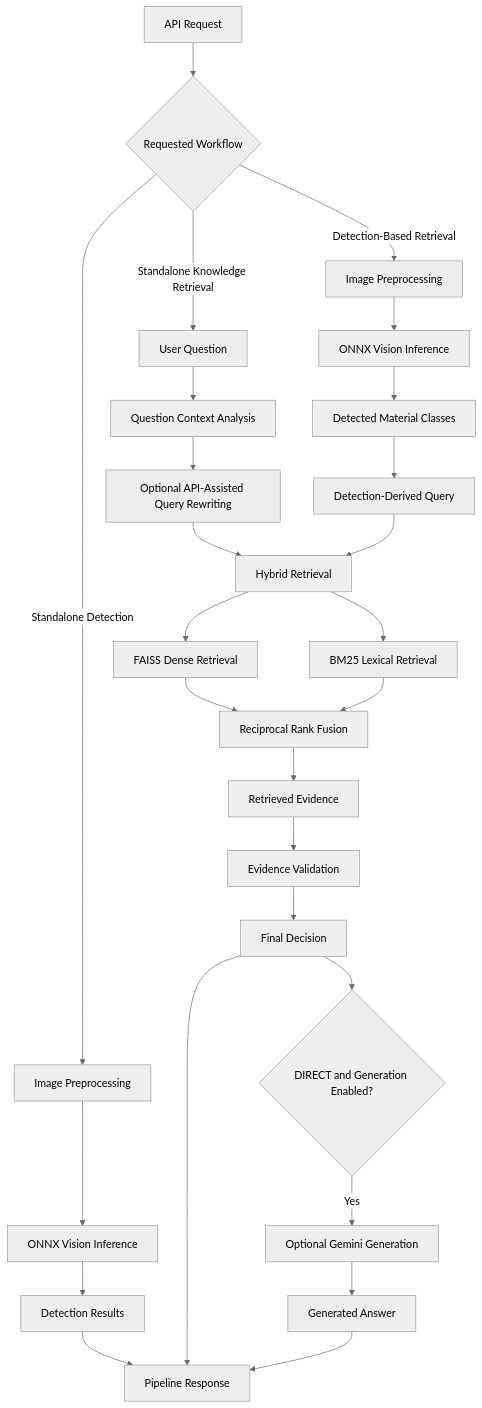
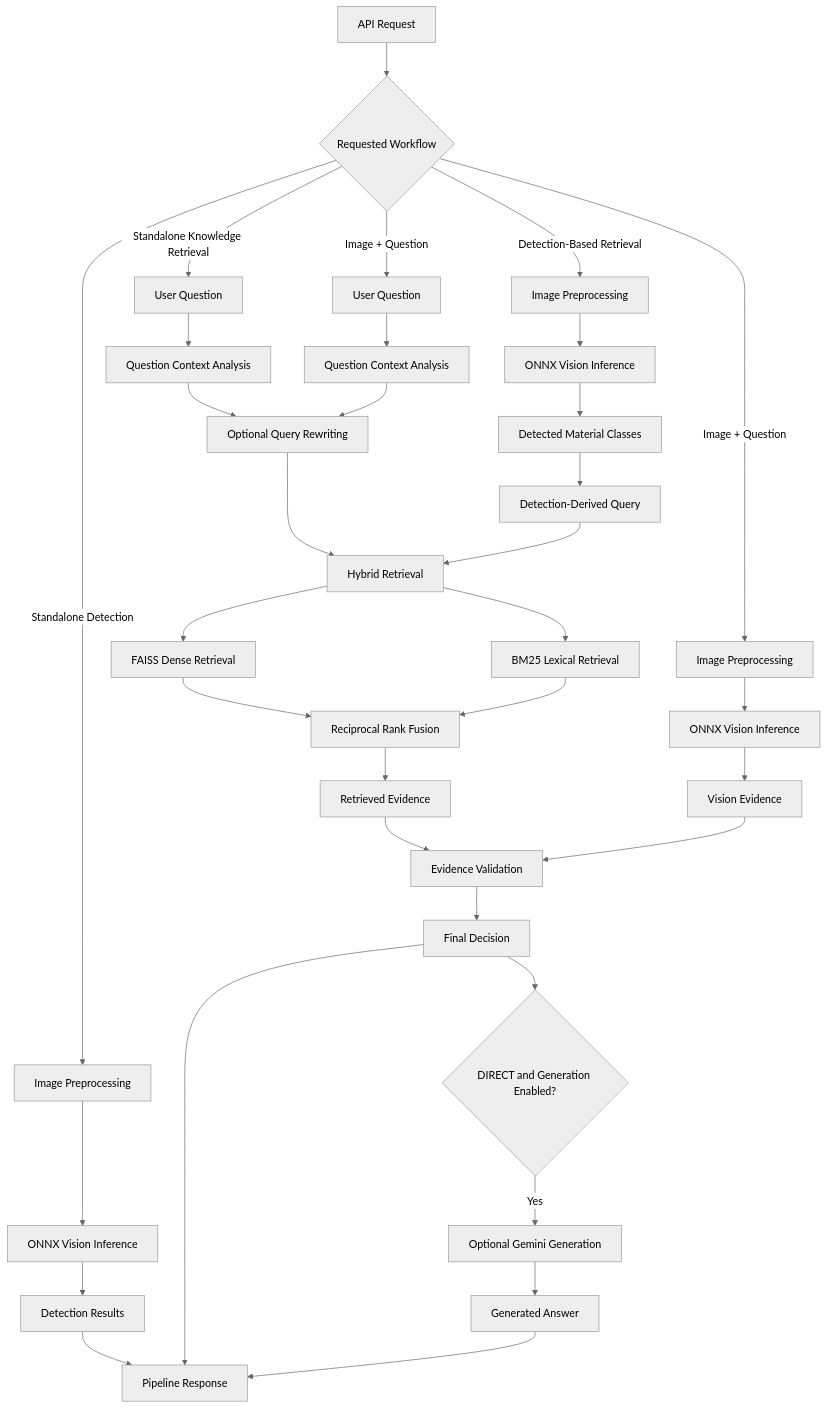
The diagram in README.md (samanglz/Smart-Waste-MultimodalAI), drawn with Mermaid (neutral theme) before and after one commit. The commit also changed other lines of this file and 7 other files, not shown here.

Commit message:
Add bilingual frontend and image-question workflow

````diff
--- a/README.md
+++ b/README.md
@@ -83,37 +99,45 @@
 ```mermaid
 flowchart TD
     A[API Request] --> B{Requested Workflow}
 
     B -->|Standalone Detection| C[Image Preprocessing]
     C --> D[ONNX Vision Inference]
     D --> E[Detection Results]
 
     B -->|Standalone Knowledge Retrieval| F[User Question]
     F --> G[Question Context Analysis]
-    G --> H[Optional API-Assisted Query Rewriting]
+    G --> H[Optional Query Rewriting]
 
     B -->|Detection-Based Retrieval| I[Image Preprocessing]
     I --> J[ONNX Vision Inference]
     J --> K[Detected Material Classes]
     K --> L[Detection-Derived Query]
+
+    B -->|Image + Question| I2[Image Preprocessing]
+    I2 --> J2[ONNX Vision Inference]
+    J2 --> E2[Vision Evidence]
+    B -->|Image + Question| F2[User Question]
+    F2 --> G2[Question Context Analysis]
+    G2 --> H
 
     H --> M[Hybrid Retrieval]
     L --> M
 
     M --> N[FAISS Dense Retrieval]
     M --> O[BM25 Lexical Retrieval]
     N --> P[Reciprocal Rank Fusion]
     O --> P
 
     P --> Q[Retrieved Evidence]
     Q --> R[Evidence Validation]
+    E2 --> R
     R --> S[Final Decision]
 
     E --> T[Pipeline Response]
     S --> T
 
     S --> U{DIRECT and Generation Enabled?}
     U -->|Yes| V[Optional Gemini Generation]
     V --> W[Generated Answer]
     W --> T
 ```
````
